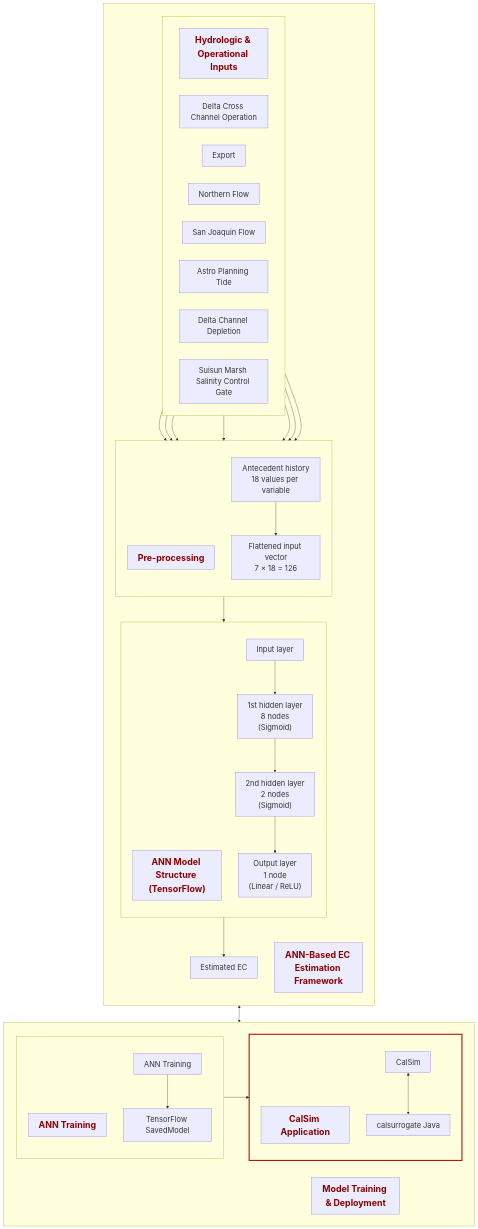
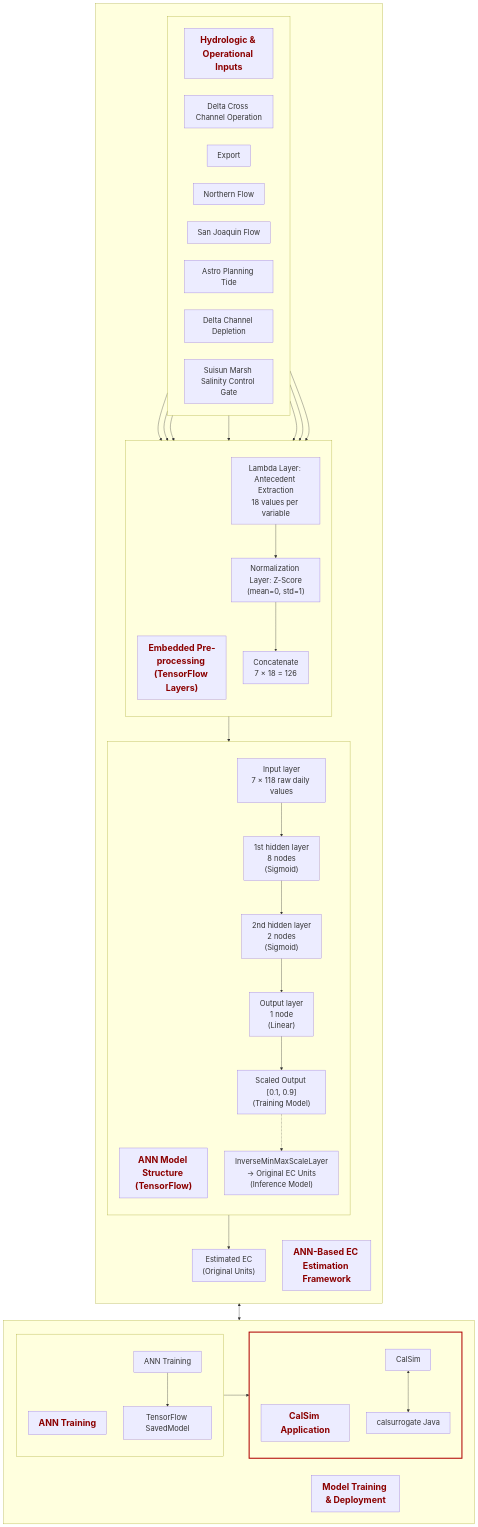
Before and after one commit to CentralValleyModeling/cs3-surrogate-training: the diagram in README.md, drawn with Mermaid. The commit also changed other lines of this file and 4 other files, not shown here.

First line of the commit message:
Implement fully embedded scaling and inverse scaling in TensorFlow layers

```diff
--- a/README.md
+++ b/README.md
@@ -33,25 +44,30 @@
 
   subgraph PRE[" "]
     direction TB
-    PRE_T["Pre-processing"]:::title
+    PRE_T["Embedded Pre-processing (TensorFlow Layers)"]:::title
 
-    HIST["Antecedent history<br/>18 values per variable"]:::node
-    FLAT["Flattened input vector<br/>7 × 18 = 126"]:::node
-    HIST --> FLAT
+    HIST["Lambda Layer: Antecedent Extraction<br/>18 values per variable"]:::node
+    NORM["Normalization Layer: Z-Score<br/>(mean=0, std=1)"]:::node
+    FLAT["Concatenate<br/>7 × 18 = 126"]:::node
+    HIST --> NORM --> FLAT
   end
 
   subgraph NET[" "]
     direction TB
     NET_T["ANN Model Structure (TensorFlow)"]:::title
 
-    IN["Input layer<br/>"]:::node
+    IN["Input layer<br/>7 × 118 raw daily values"]:::node
     H1["1st hidden layer<br/>8 nodes<br/>(Sigmoid)"]:::node
     H2["2nd hidden layer<br/>2 nodes<br/>(Sigmoid)"]:::node
-    OUT["Output layer<br/>1 node<br/>(Linear / ReLU)"]:::node
+    OUT["Output layer<br/>1 node<br/>(Linear)"]:::node
+    SCALE["Scaled Output [0.1, 0.9]<br/>(Training Model)"]:::node
+    INVSCALE["InverseMinMaxScaleLayer<br/>→ Original EC Units<br/>(Inference Model)"]:::node
     IN --> H1 --> H2 --> OUT
+    OUT --> SCALE
+    SCALE -.-> INVSCALE
   end
 
-  EC["Estimated EC"]:::node
+  EC["Estimated EC<br/>(Original Units)"]:::node
 
   X1 --> HIST
   X2 --> HIST
@@ -62,7 +78,7 @@
   X7 --> HIST
 
   FLAT --> IN
-  OUT --> EC
+  INVSCALE --> EC
 end
 
 %% =================================================
```
